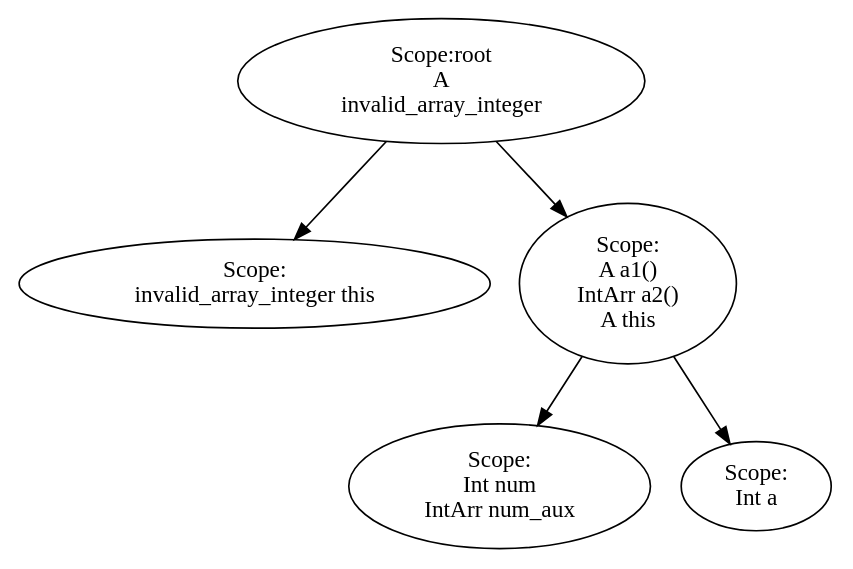
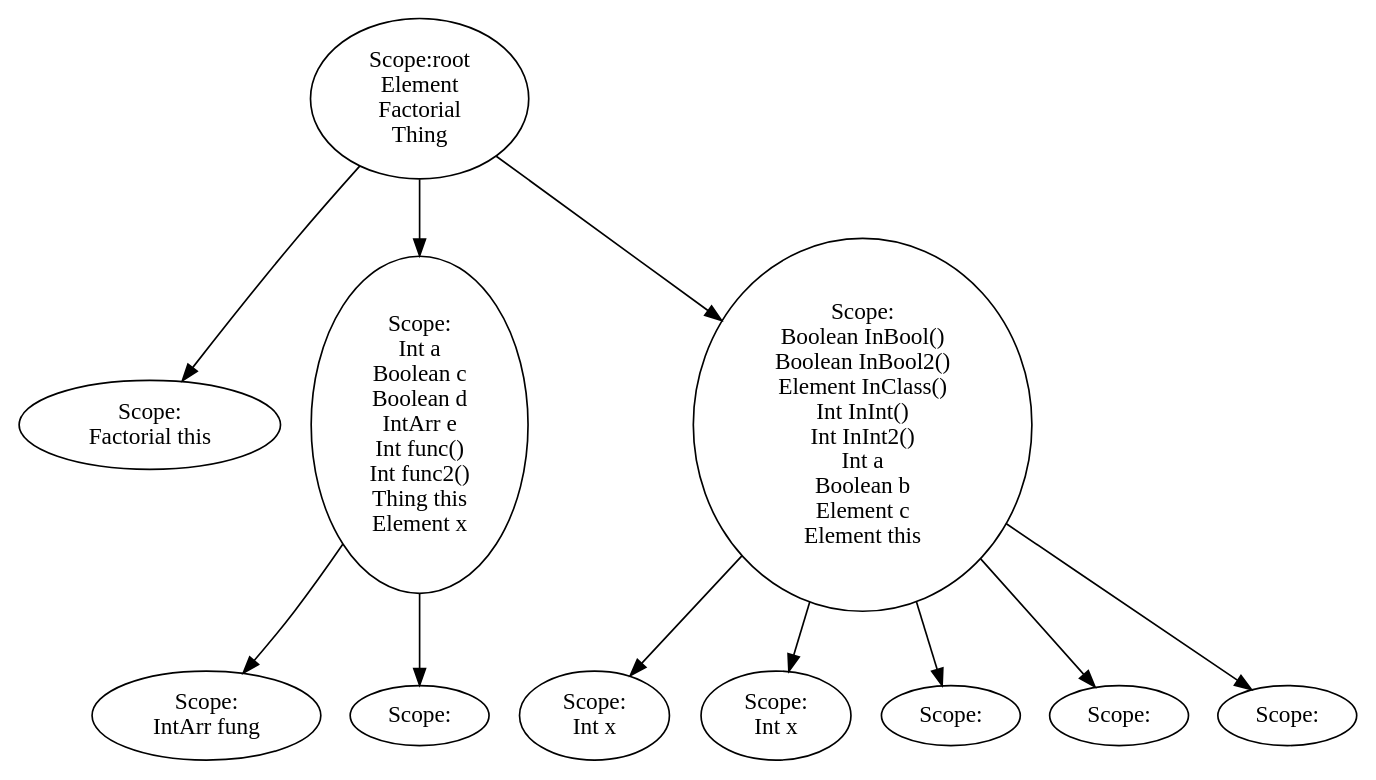
One commit to JakobAdamsson/Compiler-and-translation-technique changed the diagram in assignment2/assignment/st.dot. Above: the diagram before and after it, drawn with Graphviz. The commit also changed 16 other files, not shown here.

```diff
--- a/assignment2/assignment/st.dot
+++ b/assignment2/assignment/st.dot
@@ -1,25 +1,58 @@
 digraph {
 n0 [label="Scope:root
- A
- invalid_array_integer
+ Element
+ Factorial
+ Thing
 "];
 n1 [label="Scope:
-invalid_array_integer this
+Factorial this
 "];
 n0 -> n1
 n2 [label="Scope:
-A a1()
-IntArr a2()
-A this
+Int a
+Boolean c
+Boolean d
+IntArr e
+Int func()
+Int func2()
+Thing this
+Element x
 "];
 n3 [label="Scope:
-Int num
-IntArr num_aux
+IntArr fung
 "];
 n2 -> n3
 n4 [label="Scope:
-Int a
 "];
 n2 -> n4
 n0 -> n2
+n5 [label="Scope:
+Boolean InBool()
+Boolean InBool2()
+Element InClass()
+Int InInt()
+Int InInt2()
+Int a
+Boolean b
+Element c
+Element this
+"];
+n6 [label="Scope:
+Int x
+"];
+n5 -> n6
+n7 [label="Scope:
+Int x
+"];
+n5 -> n7
+n8 [label="Scope:
+"];
+n5 -> n8
+n9 [label="Scope:
+"];
+n5 -> n9
+n10 [label="Scope:
+"];
+n5 -> n10
+n0 -> n5
 }
```
